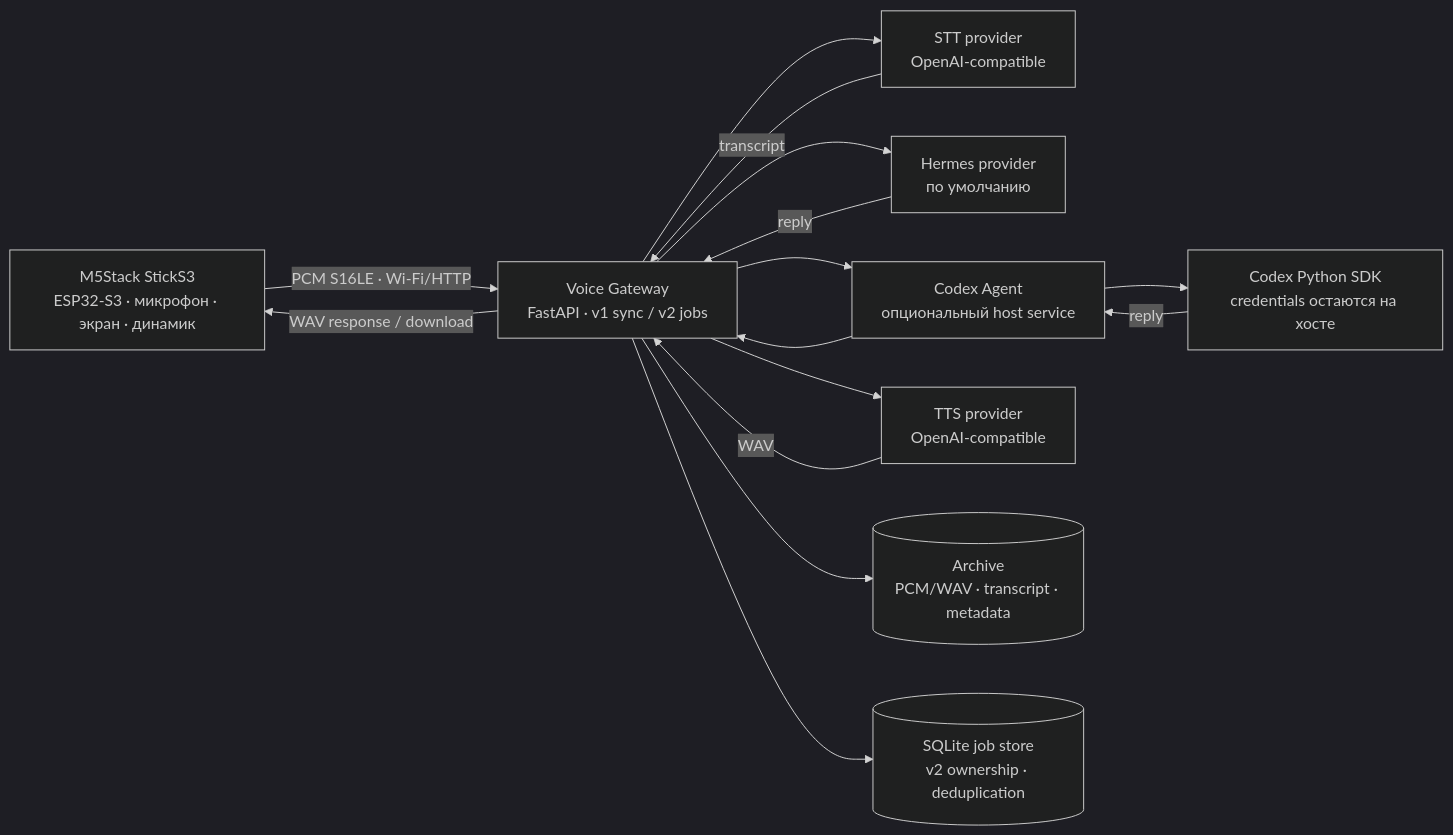
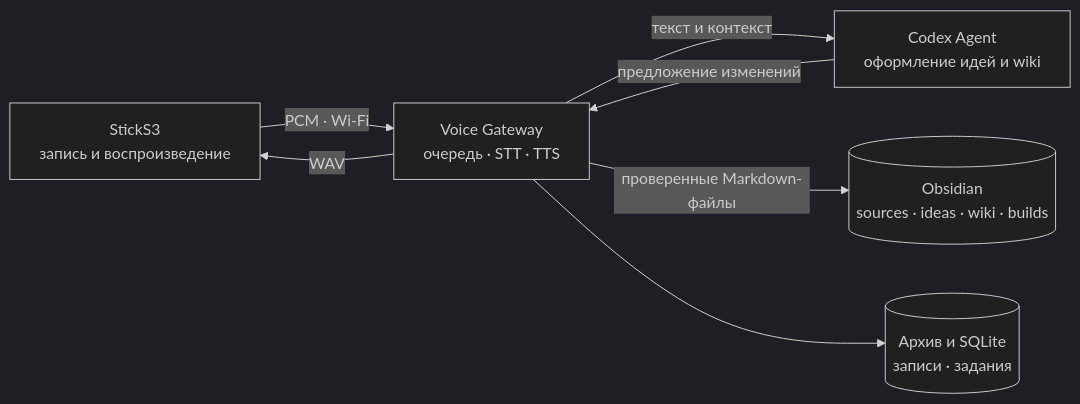
Before and after one commit to pastukhov/zateya: the first of 2 diagrams in docs/architecture.md, drawn with Mermaid (dark theme). The commit also changed other lines of this file and 42 other files, not shown here.

Commit message:
refactor: use one unversioned voice API and current Zateya docs

````diff
--- a/docs/architecture.md
+++ b/docs/architecture.md
@@ -9,27 +9,14 @@
 ```mermaid
 flowchart LR
-    D["M5Stack StickS3<br/>ESP32-S3 · микрофон · экран · динамик"]
-    G["Voice Gateway<br/>FastAPI · v1 sync / v2 jobs"]
-    S["STT provider<br/>OpenAI-compatible"]
-    H["Hermes provider<br/>по умолчанию"]
-    C["Codex Agent<br/>опциональный host service"]
-    SDK["Codex Python SDK<br/>credentials остаются на хосте"]
-    T["TTS provider<br/>OpenAI-compatible"]
-    A[("Archive<br/>PCM/WAV · transcript · metadata")]
-    J[("SQLite job store<br/>v2 ownership · deduplication")]
-
-    D -->|"PCM S16LE · Wi-Fi/HTTP"| G
-    G --> S
-    S -->|"transcript"| G
-    G --> H
-    G --> C
-    C --> SDK
-    H -->|"reply"| G
-    SDK -->|"reply"| C
-    C --> G
-    G --> T
-    T -->|"WAV"| G
-    G -->|"WAV response / download"| D
+    D["StickS3<br/>запись и воспроизведение"]
+    G["Voice Gateway<br/>очередь · STT · TTS"]
+    C["Codex Agent<br/>оформление идей и wiki"]
+    O[("Obsidian<br/>sources · ideas · wiki · builds")]
+    A[("Архив и SQLite<br/>записи · задания")]
+    D -->|"PCM · Wi-Fi"| G
+    G -->|"текст и контекст"| C
+    C -->|"предложение изменений"| G
+    G -->|"проверенные Markdown-файлы"| O
+    G -->|"WAV"| D
     G --> A
-    G --> J
 ```
````
